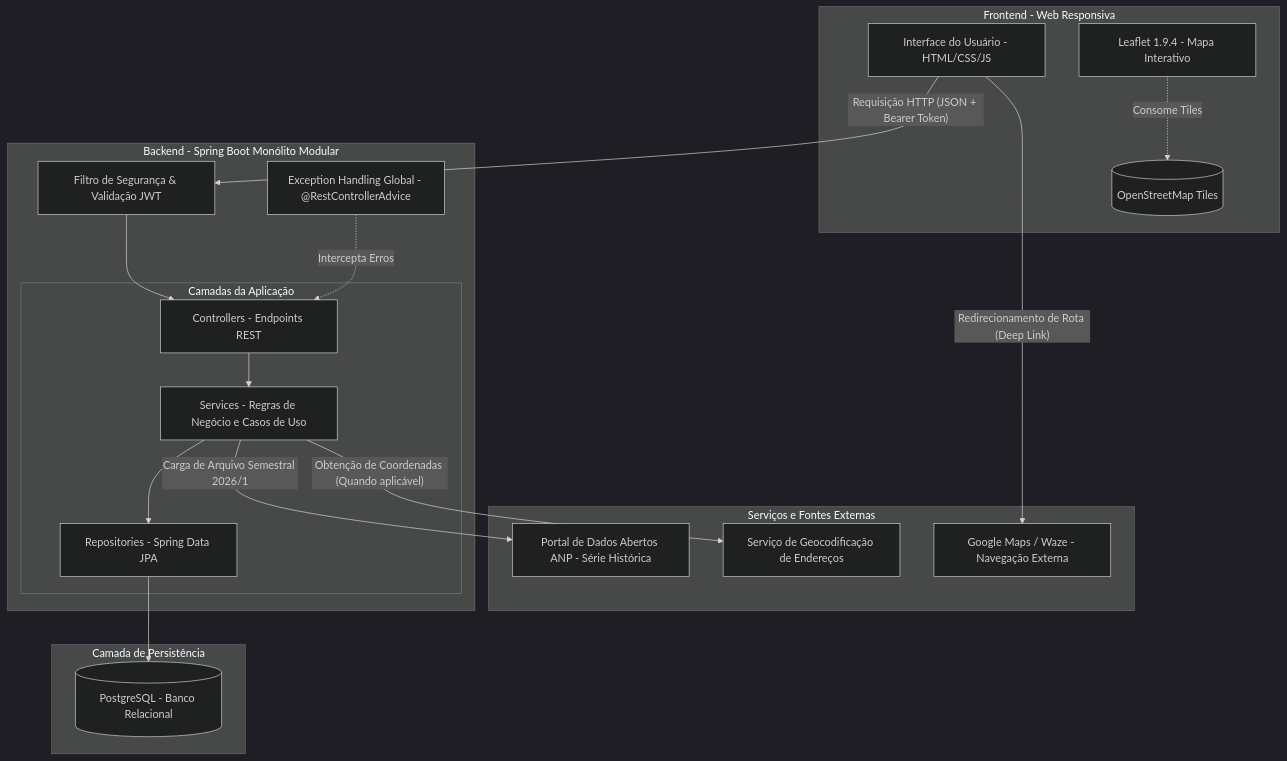
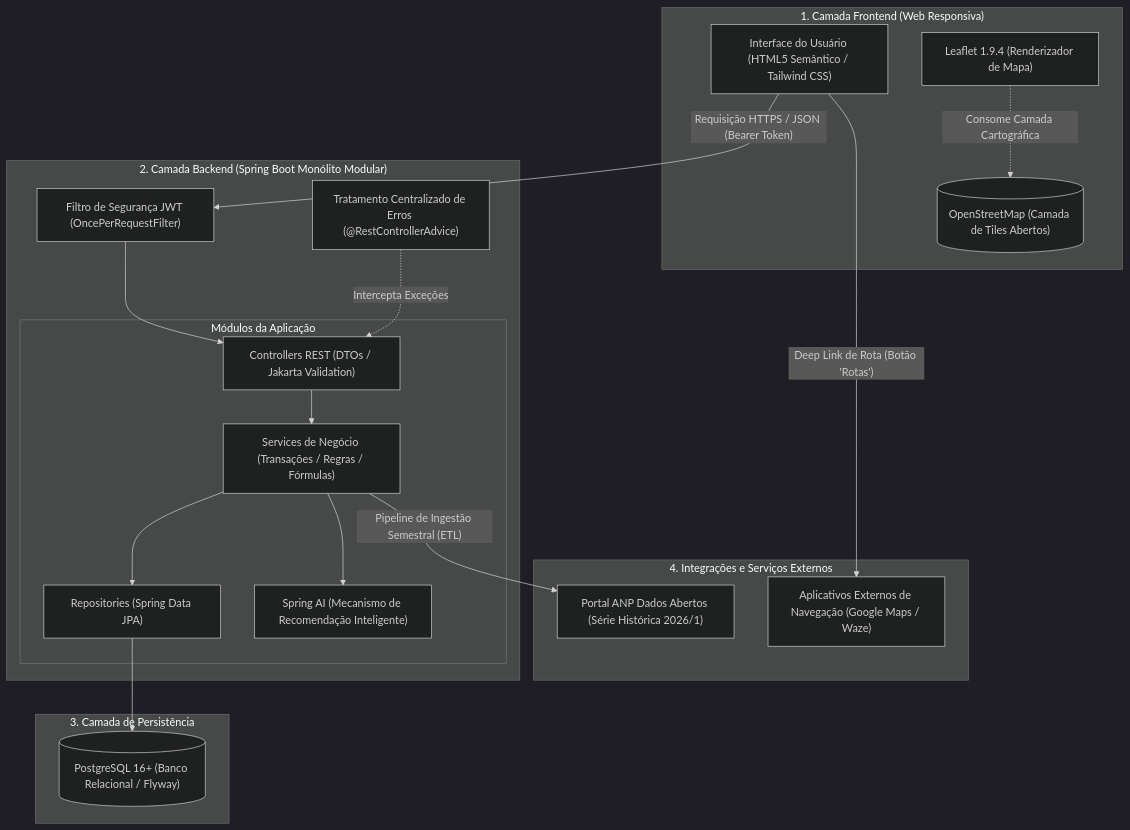
The first of 6 diagrams in .ai/architecture.md (fuguharawillian/FuelFinder-), drawn with Mermaid (dark theme) before and after one commit. The commit also changed other lines of this file and 3 other files, not shown here.

````diff
--- a/.ai/architecture.md
+++ b/.ai/architecture.md
@@ -32,41 +40,41 @@
 ```mermaid
 flowchart TB
-    subgraph CLIENT[Frontend - Web Responsiva]
-        UI[Interface do Usuário - HTML/CSS/JS]
-        LEAFLET[Leaflet 1.9.4 - Mapa Interativo]
-        OSM_TILES[(OpenStreetMap Tiles)]
-        LEAFLET -. Consome Tiles .-> OSM_TILES
+    subgraph FRONTEND["1. Camada Frontend (Web Responsiva)"]
+        UI["Interface do Usuário (HTML5 Semântico / Tailwind CSS)"]
+        LEAFLET["Leaflet 1.9.4 (Renderizador de Mapa)"]
+        OSM_TILES[("OpenStreetMap (Camada de Tiles Abertos)")]
+        LEAFLET -. Consome Camada Cartográfica .-> OSM_TILES
     end
 
-    subgraph BACKEND[Backend - Spring Boot Monólito Modular]
-        SEC_FILTER[Filtro de Segurança & Validação JWT]
-        EX_ADVICE[Exception Handling Global - @RestControllerAdvice]
+    subgraph BACKEND["2. Camada Backend (Spring Boot Monólito Modular)"]
+        AUTH_FILTER["Filtro de Segurança JWT (OncePerRequestFilter)"]
+        EX_HANDLER["Tratamento Centralizado de Erros (@RestControllerAdvice)"]
         
-        subgraph LAYERS[Camadas da Aplicação]
-            CONTROLLERS[Controllers - Endpoints REST]
-            SERVICES[Services - Regras de Negócio e Casos de Uso]
-            REPOSITORIES[Repositories - Spring Data JPA]
+        subgraph MODULES["Módulos da Aplicação"]
+            CTRL["Controllers REST (DTOs / Jakarta Validation)"]
+            SRV["Services de Negócio (Transações / Regras / Fórmulas)"]
+            REPO["Repositories (Spring Data JPA)"]
+            AI["Spring AI (Mecanismo de Recomendação Inteligente)"]
         end
 
-        SEC_FILTER --> CONTROLLERS
-        CONTROLLERS --> SERVICES
-        SERVICES --> REPOSITORIES
-        EX_ADVICE -. Intercepta Erros .-> CONTROLLERS
+        AUTH_FILTER --> CTRL
+        CTRL --> SRV
+        SRV --> REPO
+        SRV --> AI
+        EX_HANDLER -. Intercepta Exceções .-> CTRL
     end
 
-    subgraph DATABASE_LAYER[Camada de Persistência]
-        POSTGRES[(PostgreSQL - Banco Relacional)]
-        REPOSITORIES --> POSTGRES
+    subgraph DATABASE["3. Camada de Persistência"]
+        POSTGRES[("PostgreSQL 16+ (Banco Relacional / Flyway)")]
+        REPO --> POSTGRES
     end
 
-    subgraph EXTERNAL_SERVICES[Serviços e Fontes Externas]
-        ANP_PORTAL[Portal de Dados Abertos ANP - Série Histórica]
-        GEOCODE_API[Serviço de Geocodificação de Endereços]
-        EXT_NAV[Google Maps / Waze - Navegação Externa]
+    subgraph EXTERNAL["4. Integrações e Serviços Externos"]
+        ANP_PORTAL["Portal ANP Dados Abertos (Série Histórica 2026/1)"]
+        EXT_NAV["Aplicativos Externos de Navegação (Google Maps / Waze)"]
     end
 
-    UI -- "Requisição HTTP (JSON + Bearer Token)" --> SEC_FILTER
-    SERVICES -- "Carga de Arquivo Semestral 2026/1" --> ANP_PORTAL
-    SERVICES -- "Obtenção de Coordenadas (Quando aplicável)" --> GEOCODE_API
-    UI -- "Redirecionamento de Rota (Deep Link)" --> EXT_NAV
+    UI -- "Requisição HTTPS / JSON (Bearer Token)" --> AUTH_FILTER
+    SRV -- "Pipeline de Ingestão Semestral (ETL)" --> ANP_PORTAL
+    UI -- "Deep Link de Rota (Botão 'Rotas')" --> EXT_NAV
 ```
````
